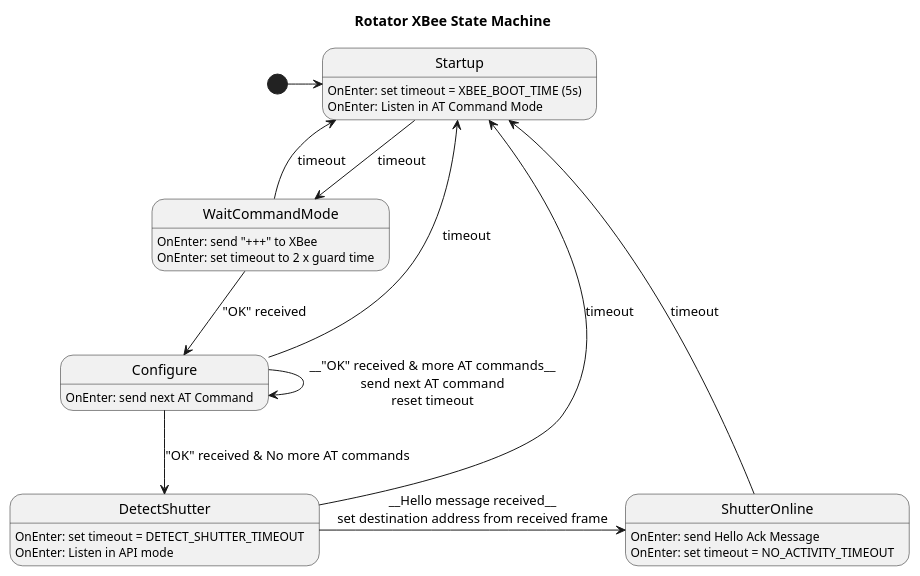
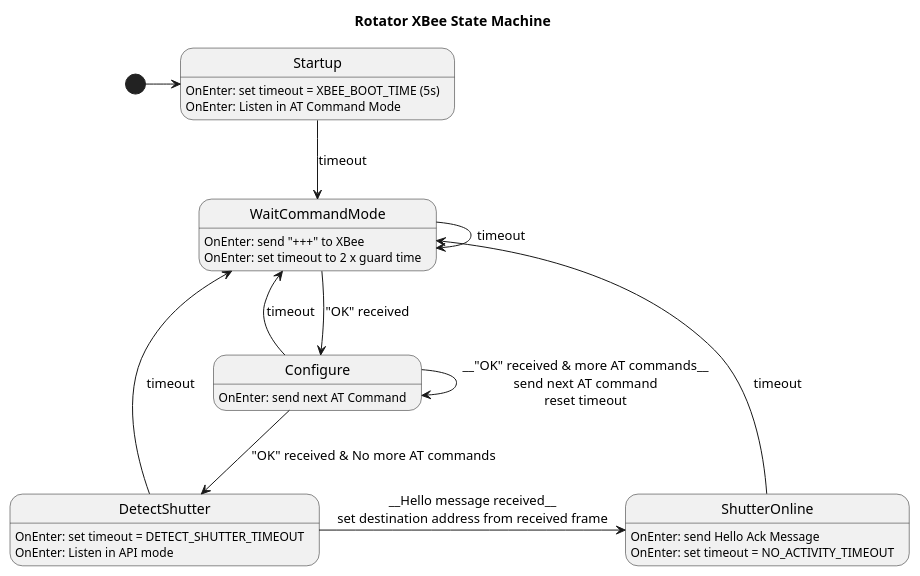
Before and after one commit to nexdome/Firmware: the diagram in Markdown/RotatorXBeeStateMachine.md, drawn with PlantUML. The commit also changed 12 other files, not shown here.

````diff
--- a/Markdown/RotatorXBeeStateMachine.md
+++ b/Markdown/RotatorXBeeStateMachine.md
@@ -1,31 +1,31 @@
 ``` puml
 @startuml
 hide empty description
 title Rotator XBee State Machine
 
 [*] -> Startup
 Startup: OnEnter: set timeout = XBEE_BOOT_TIME (5s)
 Startup: OnEnter: Listen in AT Command Mode
 Startup --> WaitCommandMode: timeout
 
 WaitCommandMode: OnEnter: send "+++" to XBee
 WaitCommandMode: OnEnter: set timeout to 2 x guard time
 WaitCommandMode --> Configure: "OK" received
-WaitCommandMode --> Startup: timeout
+WaitCommandMode --> WaitCommandMode: timeout
 
 Configure: OnEnter: send next AT Command
-Configure --> Startup: timeout
+Configure --> WaitCommandMode: timeout
 Configure --> Configure: __"OK" received & more AT commands__\nsend next AT command\nreset timeout
 Configure --> DetectShutter: "OK" received & No more AT commands
 
 DetectShutter: OnEnter: set timeout = DETECT_SHUTTER_TIMEOUT
 DetectShutter: OnEnter: Listen in API mode
-DetectShutter --> Startup: timeout
+DetectShutter --> WaitCommandMode: timeout
 DetectShutter -> ShutterOnline: __Hello message received__\nset destination address from received frame
 
 ShutterOnline: OnEnter: send Hello Ack Message
 ShutterOnline: OnEnter: set timeout = NO_ACTIVITY_TIMEOUT
-ShutterOnline --> Startup: timeout
+ShutterOnline --> WaitCommandMode: timeout
 
 @enduml
 ```
````
